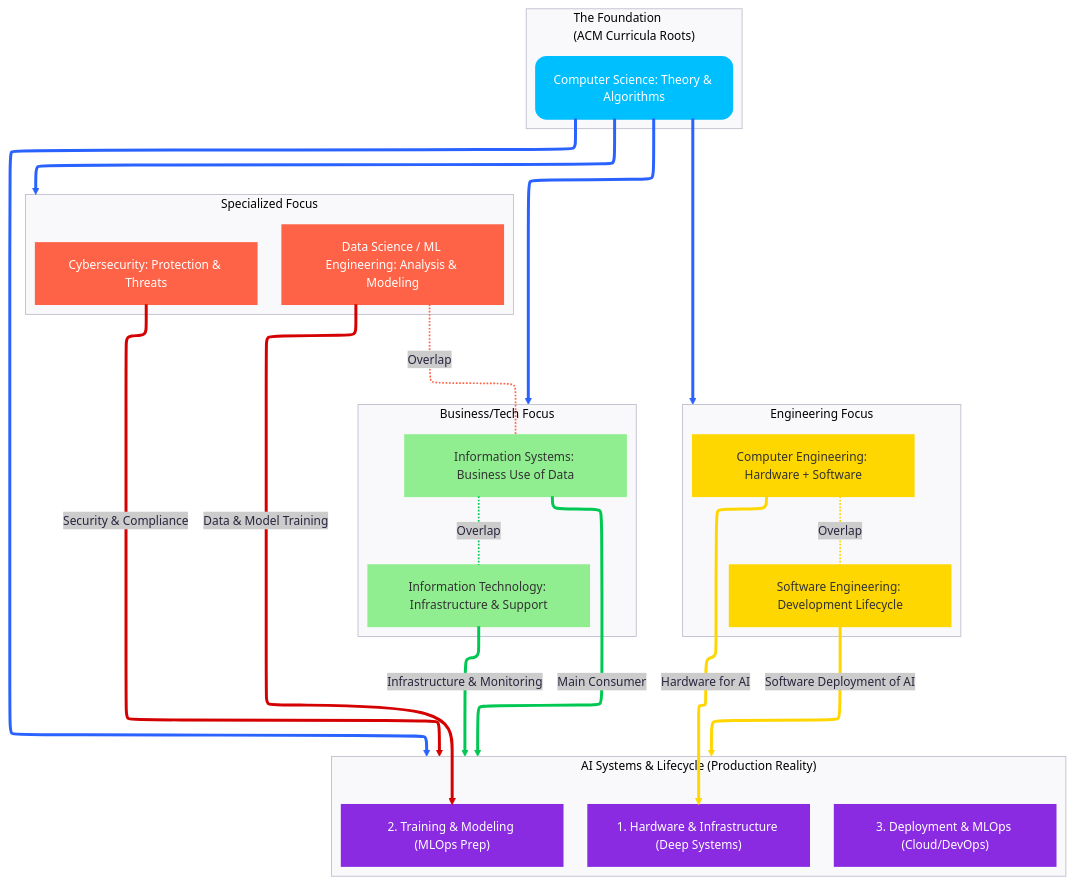
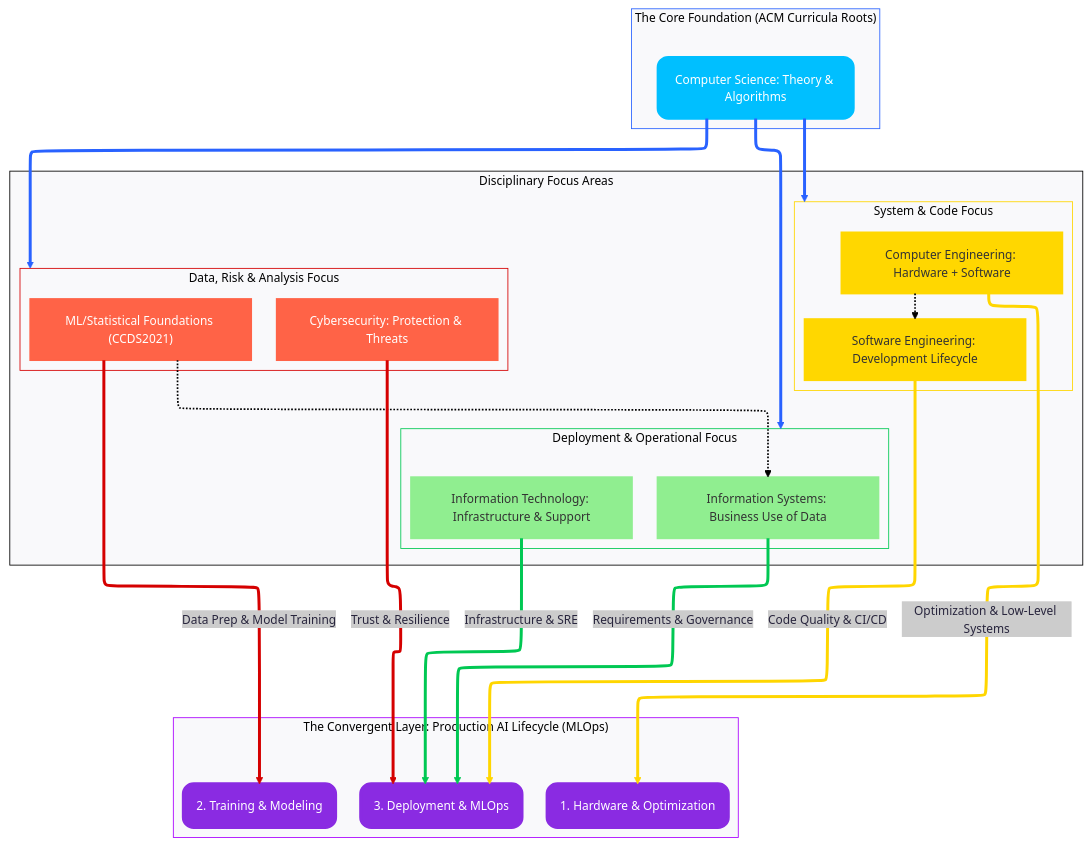
Before and after one commit to lefthand67/ai_engineering_handbook: the diagram in 0_intro/ai_systems_grounding_in_computing_disciplines.md, drawn with Mermaid. The commit also changed other lines of this file and 1 other file, not shown here.

Commit message:
docs: Update AI systems grounding document
- Renamed "Data Science" to "ML/Statistical Foundations" and updated the description for terminological accuracy in a production context.
- Added "AI/ML Implementation Examples" column to the table.
- Updated descriptions and examples for each discipline to better reflect their roles in AI systems.
- Modified the Mermaid.js diagram to show AI Systems as the convergent product of foundational disciplines rather than a separate branch.
- Added new sections on AI Systems connection to ACM disciplines and breakdown of AI grounding in production context.
- Improved styling and layout for clarity and consistency.

````diff
--- a/0_intro/ai_systems_grounding_in_computing_disciplines.md
+++ b/0_intro/ai_systems_grounding_in_computing_disciplines.md
@@ -28,63 +37,68 @@
 ```mermaid
 ---
 config:
   theme: redux
   layout: elk
 ---
 flowchart TB
- subgraph Foundation["The Foundation
-          (ACM Curricula Roots)"]
+ subgraph Foundation["The Core Foundation (ACM Curricula Roots)"]
         CS("Computer Science: Theory & Algorithms")
   end
- subgraph Engineering["Engineering Focus"]
+ subgraph Engineering["System & Code Focus"]
         CE["Computer Engineering: Hardware + Software"]
         SE["Software Engineering: Development Lifecycle"]
   end
- subgraph Specialized["Specialized Focus"]
+ subgraph Specialized["Data, Risk & Analysis Focus"]
+        DS["ML/Statistical Foundations (CCDS2021)"]
         Cyb["Cybersecurity: Protection & Threats"]
-        DS["Data Science / ML Engineering: Analysis & Modeling"]
   end
- subgraph Business_Tech["Business/Tech Focus"]
+ subgraph Business_Tech["Deployment & Operational Focus"]
         IS["Information Systems: Business Use of Data"]
         IT["Information Technology: Infrastructure & Support"]
   end
- subgraph AI_Systems["AI Systems & Lifecycle (Production Reality)"]
-        AIH["1. Hardware & Infrastructure (Deep Systems)"]
-        AIT["2. Training & Modeling (MLOps Prep)"]
-        AID["3. Deployment & MLOps (Cloud/DevOps)"]
+ subgraph Discipline_Groups["Disciplinary Focus Areas"]
+        Engineering
+        Specialized
+        Business_Tech
   end
-    CS ==> Engineering & Specialized & Business_Tech & AI_Systems
-    CE == Hardware for AI ==> AIH
-    IT == Infrastructure & Monitoring ==> AI_Systems
-    IS == Main Consumer ==> AI_Systems
-    DS == Data & Model Training ==> AIT
-    SE == Software Deployment of AI ==> AI_Systems
-    Cyb == Security & Compliance ==> AI_Systems
-    CE -. Overlap .- SE
-    DS -. Overlap .- IS
-    IS -. Overlap .- IT
+ subgraph AI_Systems["The Convergent Layer: Production AI Lifecycle (MLOps)"]
+        AIH("1. Hardware & Optimization")
+        AIT("2. Training & Modeling")
+        AID("3. Deployment & MLOps")
+  end
+    CS ==> Engineering & Specialized & Business_Tech
+    CE -.-> SE
+    DS -.-> IS
+    CE == "Optimization & Low-Level Systems" ==> AIH
+    DS == Data Prep & Model Training ==> AIT
+    SE == Code Quality & CI/CD ==> AID
+    IT == Infrastructure & SRE ==> AID
+    IS == Requirements & Governance ==> AID
+    Cyb == Trust & Resilience ==> AID
 
     style CS fill:#00BFFF, stroke:#00BFFF, color:#FFF, stroke-width:3px
     style CE fill:#FFD700, stroke:#FFD700, color:#333
     style SE fill:#FFD700, stroke:#FFD700, color:#333
+    style DS fill:#FF6347, stroke:#FF6347, color:#FFF
     style Cyb fill:#FF6347, stroke:#FF6347, color:#FFF
-    style DS fill:#FF6347, stroke:#FF6347, color:#FFF
     style IS fill:#90EE90, stroke:#90EE90, color:#333
     style IT fill:#90EE90, stroke:#90EE90, color:#333
-    style AIH fill:#8A2BE2, stroke:#8A2BE2, color:#FFF
-    style AIT fill:#8A2BE2, stroke:#8A2BE2, color:#FFF
-    style AID fill:#8A2BE2, stroke:#8A2BE2, color:#FFF
+    style Engineering stroke:#FFD600
+    style Specialized stroke:#D50000
+    style Business_Tech stroke:#00C853
+    style AIH fill:#8A2BE2, stroke:#8A2BE2, color:#FFF, stroke-width:4px
+    style AIT fill:#8A2BE2, stroke:#8A2BE2, color:#FFF, stroke-width:4px
+    style AID fill:#8A2BE2, stroke:#8A2BE2, color:#FFF, stroke-width:4px
+    style Discipline_Groups stroke:#000000
+    style Foundation stroke:#2962FF
+    style AI_Systems stroke:#AA00FF
     linkStyle 0 stroke:#2962FF,fill:none
     linkStyle 1 stroke:#2962FF,fill:none
-    linkStyle 2 stroke:#2962FF
-    linkStyle 3 stroke:#2962FF,fill:none
-    linkStyle 4 stroke:#FFD600,fill:none
-    linkStyle 5 stroke:#00C853,fill:none
-    linkStyle 6 stroke:#00C853,fill:none
-    linkStyle 7 stroke:#D50000,fill:none
-    linkStyle 8 stroke:#FFD600,fill:none
-    linkStyle 9 stroke:#D50000,fill:none
-    linkStyle 10 stroke:#FFD600,fill:none
-    linkStyle 11 stroke:#FF6347,fill:none
-    linkStyle 12 stroke:#00C853,fill:none
+    linkStyle 2 stroke:#2962FF,fill:none
+    linkStyle 5 stroke:#FFD600,fill:none
+    linkStyle 6 stroke:#D50000,fill:none
+    linkStyle 7 stroke:#FFD600,fill:none
+    linkStyle 8 stroke:#00C853,fill:none
+    linkStyle 9 stroke:#00C853,fill:none
+    linkStyle 10 stroke:#D50000,fill:none
 ```
````
